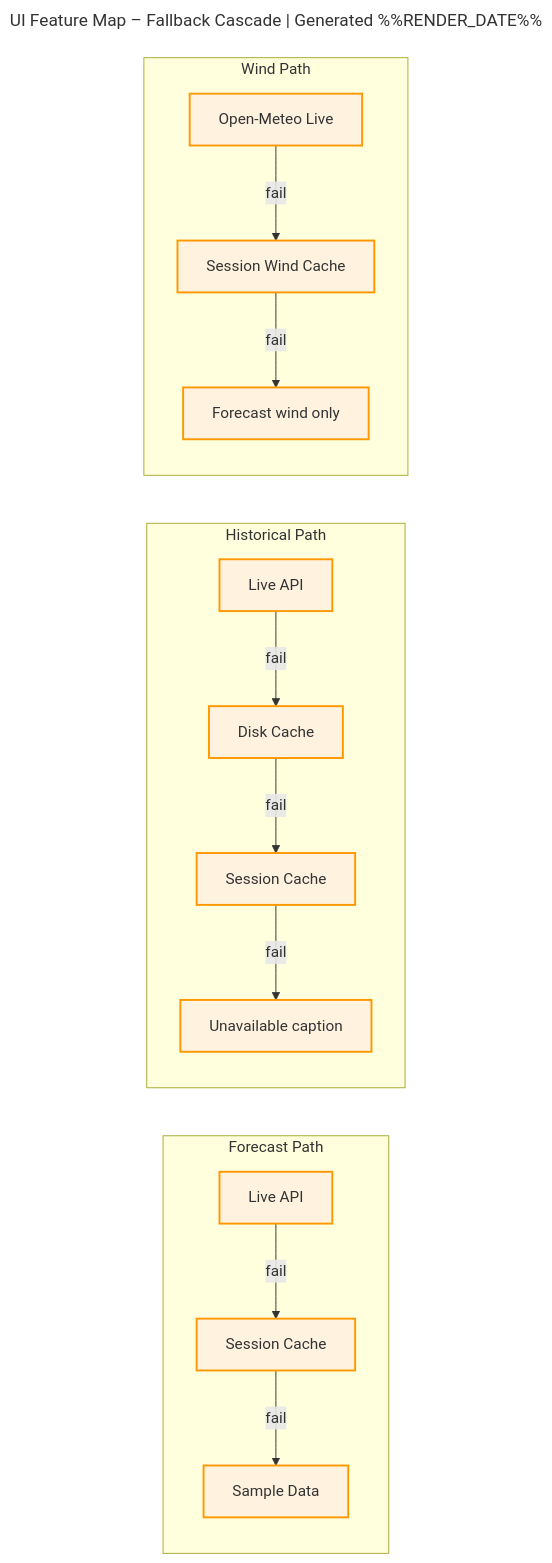
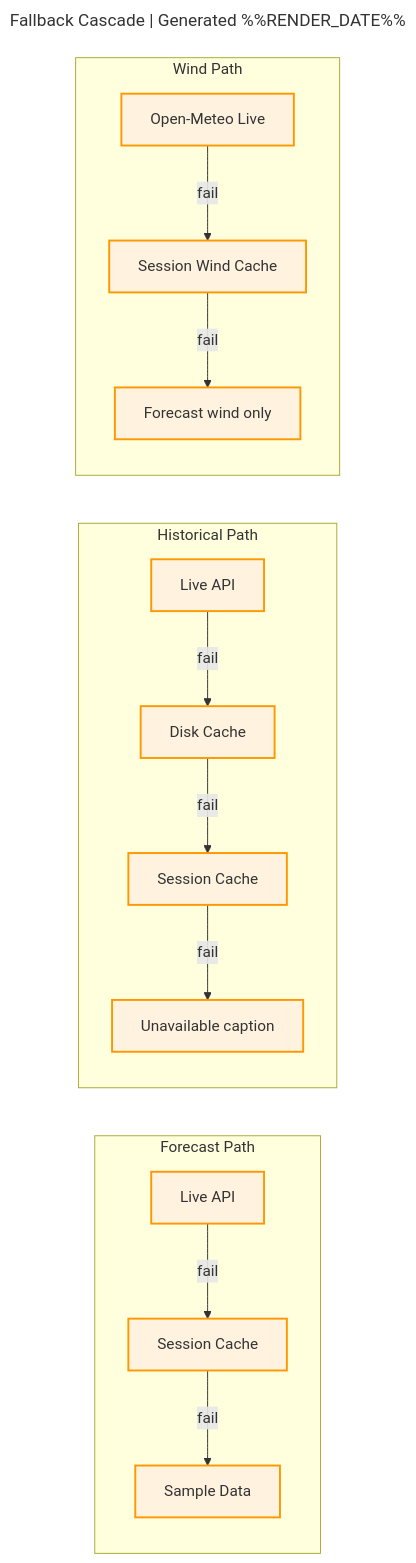
One commit to RobinWikoff/the-farm-monitor changed the seventh of 7 diagrams in docs/c4/c4-ui-feature-map.md. Above: the diagram before and after it, drawn with Mermaid. The commit also changed other lines of this file and 30 other files, not shown here.

First line of the commit message:
Add diagram standards: DM Sans font, two-line header, A4 sizing

````diff
--- a/docs/c4/c4-ui-feature-map.md
+++ b/docs/c4/c4-ui-feature-map.md
@@ -316,27 +316,27 @@
 ```mermaid
 ---
-title: UI Feature Map – Fallback Cascade | Generated %%RENDER_DATE%%
+title: "Fallback Cascade | Generated %%RENDER_DATE%%"
 ---
 flowchart LR
     subgraph FC["Forecast Path"]
         direction TB
         F1["Live API"] -->|fail| F2["Session Cache"]
         F2 -->|fail| F3["Sample Data"]
     end
 
     subgraph HC["Historical Path"]
         direction TB
         H1["Live API"] -->|fail| H2["Disk Cache"]
         H2 -->|fail| H3["Session Cache"]
         H3 -->|fail| H4["Unavailable caption"]
     end
 
     subgraph WC["Wind Path"]
         direction TB
         W1["Open-Meteo Live"] -->|fail| W2["Session Wind Cache"]
         W2 -->|fail| W3["Forecast wind only"]
     end
 
     classDef cascade fill:#fff3e0,stroke:#FF9800,stroke-width:2px
     class F1,F2,F3,H1,H2,H3,H4,W1,W2,W3 cascade
 ```
````
